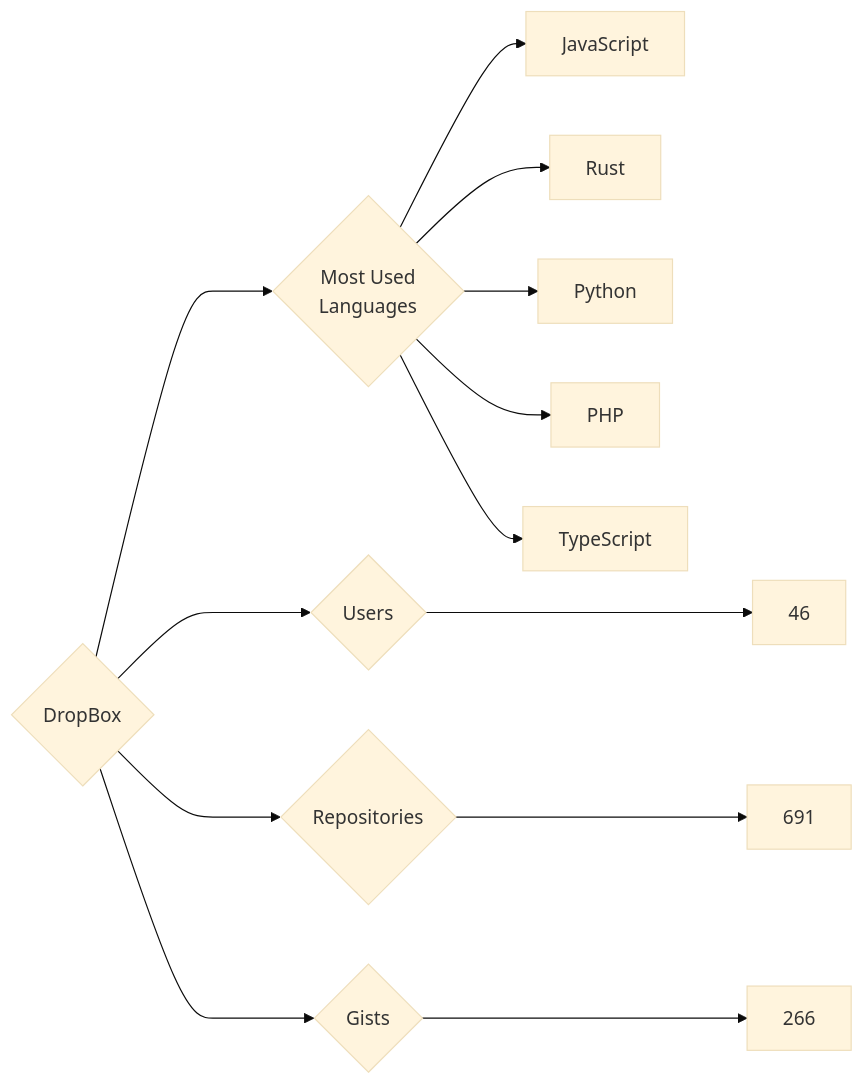
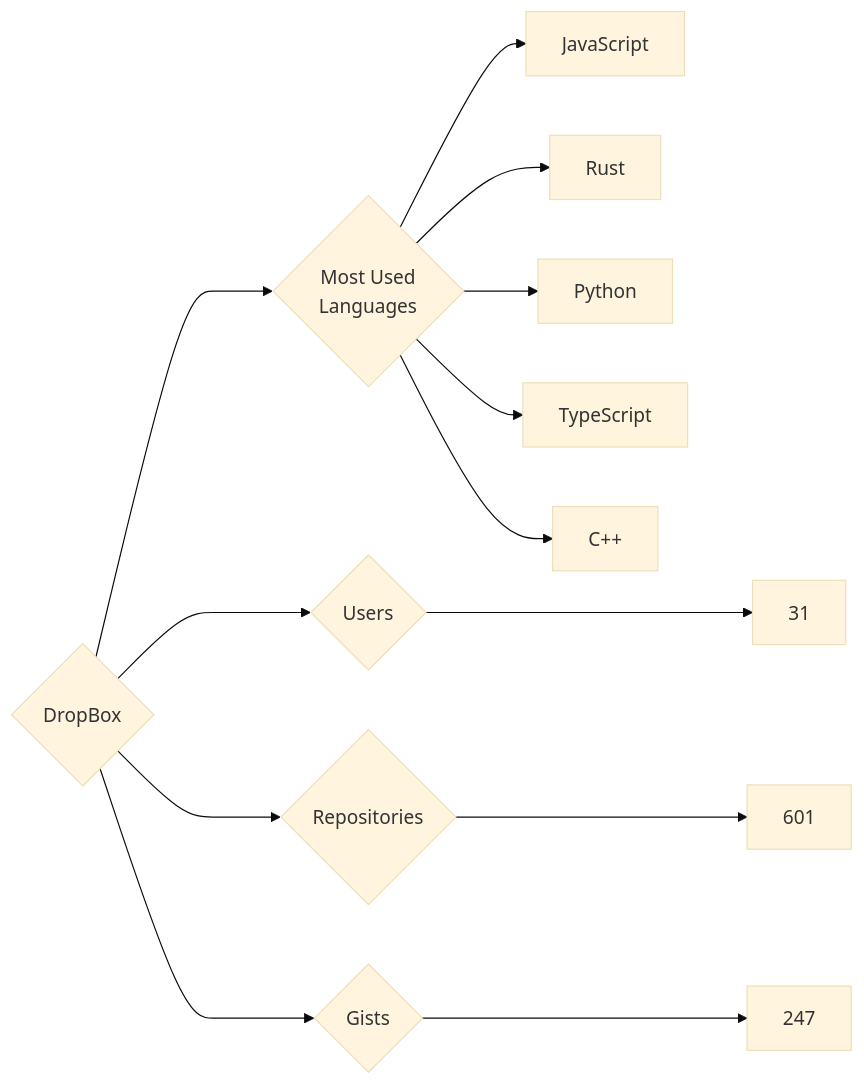
Before and after one commit to trickest/insiders: the diagram in targets/DropBox/README.md, drawn with Mermaid (base theme). The commit also changed 629 other files, not shown here.

````diff
--- a/targets/DropBox/README.md
+++ b/targets/DropBox/README.md
@@ -3,13 +3,13 @@
 ```mermaid
 graph LR
 COMPANY_NAME{DropBox}
-COMPANY_NAME ---> U{Users} ---> UN[46]
-COMPANY_NAME ---> R{Repositories} ---> RN[691]
-COMPANY_NAME ---> G{Gists} ---> GN[266]
+COMPANY_NAME ---> U{Users} ---> UN[31]
+COMPANY_NAME ---> R{Repositories} ---> RN[601]
+COMPANY_NAME ---> G{Gists} ---> GN[247]
 COMPANY_NAME ---> ML{Most Used<br>Languages}
 ML --> JavaScript[JavaScript]
 ML --> Rust[Rust]
 ML --> Python[Python]
-ML --> PHP[PHP]
 ML --> TypeScript[TypeScript]
+ML --> C++[C++]
 ```
````
